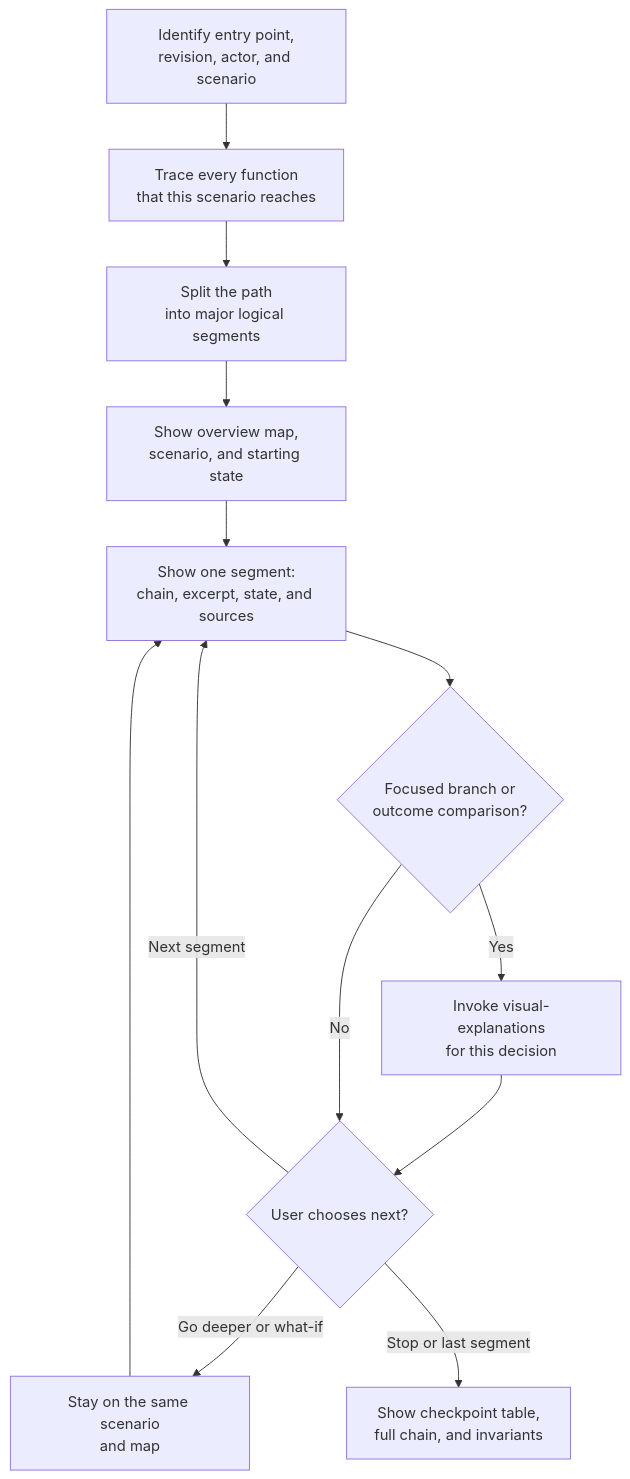
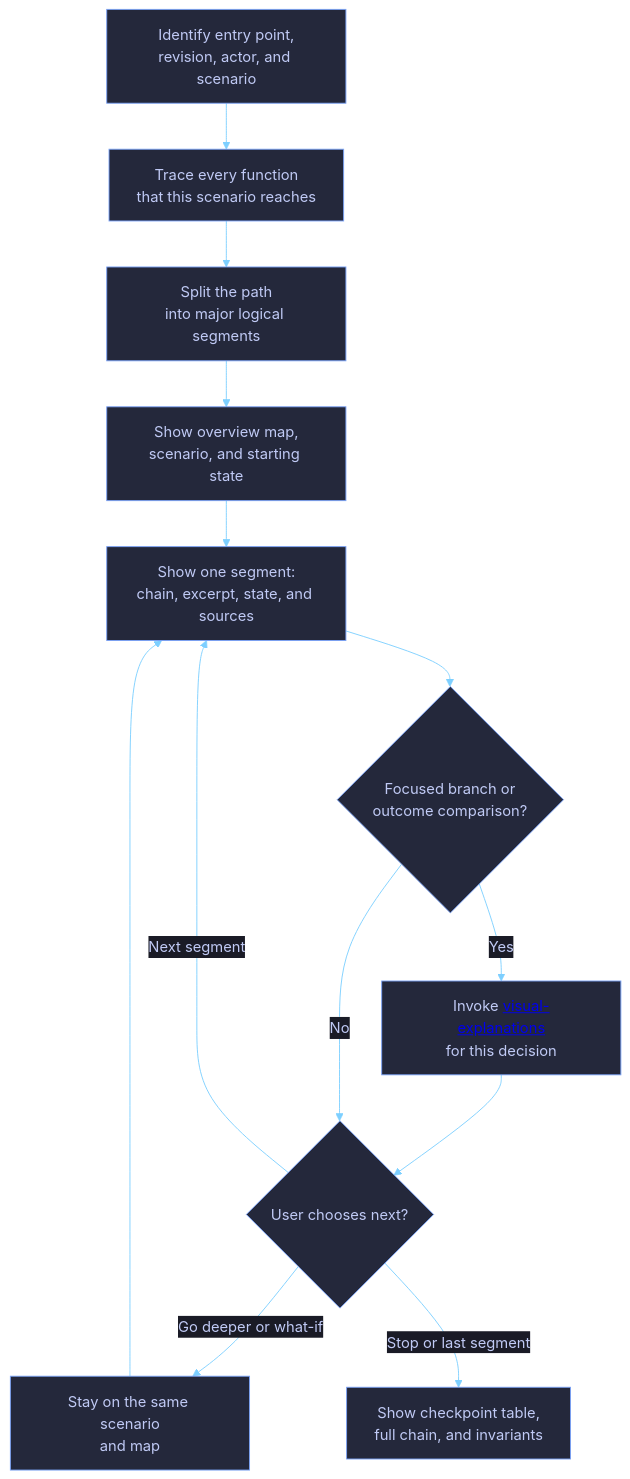
The diagram in docs/skill-workflows/code-flow-walkthrough.md (dvo-dev/copilot-guidance), drawn with Mermaid before and after one commit. The commit also changed 10 other files, not shown here.

Commit message:
Theme workflow diagrams and fix skill links

````diff
--- a/docs/skill-workflows/code-flow-walkthrough.md
+++ b/docs/skill-workflows/code-flow-walkthrough.md
@@ -13,17 +13,17 @@
 ```mermaid
+%%{init: {"theme":"base","themeVariables":{"background":"#1a1b26","primaryColor":"#24283b","primaryTextColor":"#c0caf5","primaryBorderColor":"#7aa2f7","secondaryColor":"#1f2335","secondaryTextColor":"#c0caf5","secondaryBorderColor":"#bb9af7","tertiaryColor":"#16161e","tertiaryTextColor":"#c0caf5","tertiaryBorderColor":"#7dcfff","lineColor":"#7dcfff","textColor":"#c0caf5","mainBkg":"#24283b","nodeBorder":"#7aa2f7","clusterBkg":"#16161e","clusterBorder":"#565f89","defaultLinkColor":"#7dcfff","edgeLabelBackground":"#1a1b26","titleColor":"#bb9af7","fontFamily":"ui-monospace, SFMono-Regular, Menlo, Monaco, Consolas, Liberation Mono, monospace"},"flowchart":{"curve":"basis","htmlLabels":true}}}%%
 flowchart TD
     A["Identify entry point,<br/>revision, actor, and scenario"] --> B["Trace every function<br/>that this scenario reaches"]
     B --> C["Split the path<br/>into major logical segments"]
     C --> D["Show overview map,<br/>scenario, and starting state"]
     D --> E["Show one segment:<br/>chain, excerpt, state, and sources"]
     E --> V{"Focused branch or<br/>outcome comparison?"}
-    V -->|Yes| X["Invoke visual-explanations<br/>for this decision"]
+    V -->|Yes| X["Invoke <a href='visual-explanations.md'>visual-explanations</a><br/>for this decision"]
     X --> F{"User chooses next?"}
     V -->|No| F
     F -->|Next segment| E
     F -->|Go deeper or what-if| G["Stay on the same scenario<br/>and map"]
     G --> E
     F -->|Stop or last segment| H["Show checkpoint table,<br/>full chain, and invariants"]
 
-    click X href "visual-explanations.md" "Open the visual-explanations workflow"
 ```
````
